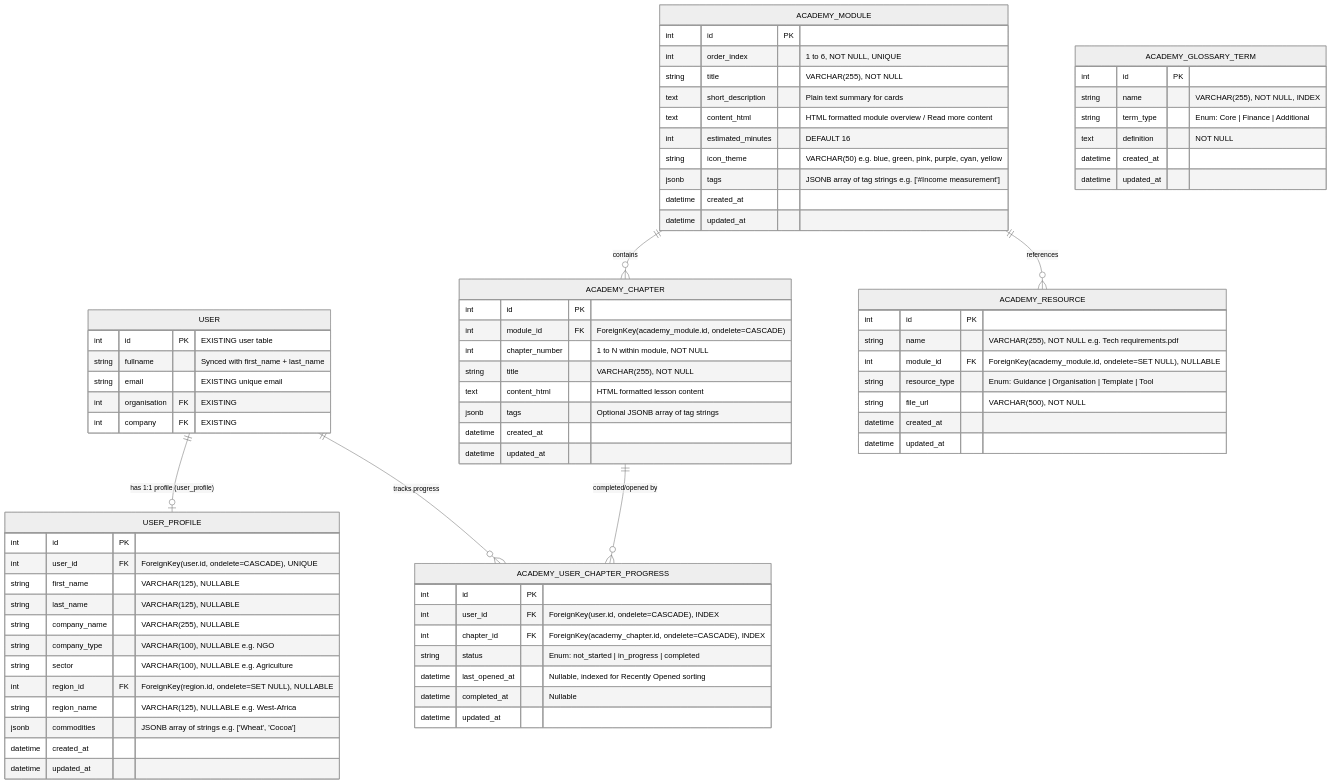
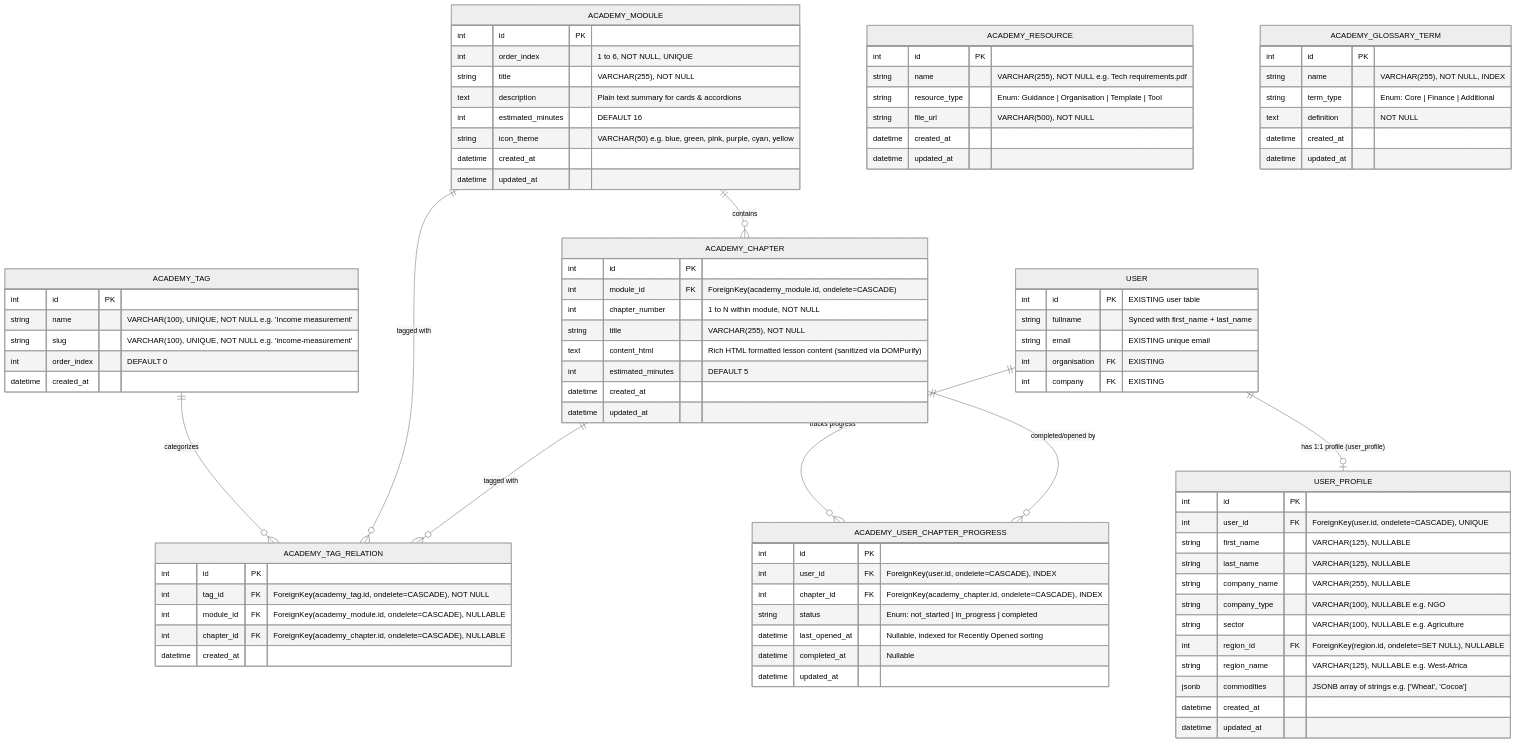
The second of 2 diagrams in docs/features/001_living_income_academy_spec.md (akvo/IDH-IDC), drawn with Mermaid (neutral theme) before and after one commit. The commit also changed other lines of this file, not shown here.

Commit message:
[#843] docs(academy): decouple resources from modules, normalize tag junction, and isolate chapter content

```diff
--- a/docs/features/001_living_income_academy_spec.md
+++ b/docs/features/001_living_income_academy_spec.md
@@ -142,7 +142,9 @@
     USER ||--o| USER_PROFILE : "has 1:1 profile (user_profile)"
     USER ||--o{ ACADEMY_USER_CHAPTER_PROGRESS : "tracks progress"
     ACADEMY_MODULE ||--o{ ACADEMY_CHAPTER : "contains"
-    ACADEMY_MODULE ||--o{ ACADEMY_RESOURCE : "references"
+    ACADEMY_TAG ||--o{ ACADEMY_TAG_RELATION : "categorizes"
+    ACADEMY_MODULE ||--o{ ACADEMY_TAG_RELATION : "tagged with"
+    ACADEMY_CHAPTER ||--o{ ACADEMY_TAG_RELATION : "tagged with"
     ACADEMY_CHAPTER ||--o{ ACADEMY_USER_CHAPTER_PROGRESS : "completed/opened by"
 
     USER {
@@ -168,15 +170,29 @@
         datetime updated_at
     }
 
+    ACADEMY_TAG {
+        int id PK
+        string name "VARCHAR(100), UNIQUE, NOT NULL e.g. 'Income measurement'"
+        string slug "VARCHAR(100), UNIQUE, NOT NULL e.g. 'income-measurement'"
+        int order_index "DEFAULT 0"
+        datetime created_at
+    }
+
+    ACADEMY_TAG_RELATION {
+        int id PK
+        int tag_id FK "ForeignKey(academy_tag.id, ondelete=CASCADE), NOT NULL"
+        int module_id FK "ForeignKey(academy_module.id, ondelete=CASCADE), NULLABLE"
+        int chapter_id FK "ForeignKey(academy_chapter.id, ondelete=CASCADE), NULLABLE"
+        datetime created_at
+    }
+
     ACADEMY_MODULE {
         int id PK
         int order_index "1 to 6, NOT NULL, UNIQUE"
         string title "VARCHAR(255), NOT NULL"
-        text short_description "Plain text summary for cards"
-        text content_html "HTML formatted module overview / Read more content"
+        text description "Plain text summary for cards & accordions"
         int estimated_minutes "DEFAULT 16"
         string icon_theme "VARCHAR(50) e.g. blue, green, pink, purple, cyan, yellow"
-        jsonb tags "JSONB array of tag strings e.g. ['#Income measurement']"
         datetime created_at
         datetime updated_at
     }
@@ -186,8 +202,8 @@
         int module_id FK "ForeignKey(academy_module.id, ondelete=CASCADE)"
         int chapter_number "1 to N within module, NOT NULL"
         string title "VARCHAR(255), NOT NULL"
-        text content_html "HTML formatted lesson content"
-        jsonb tags "Optional JSONB array of tag strings"
+        text content_html "Rich HTML formatted lesson content (sanitized via DOMPurify)"
+        int estimated_minutes "DEFAULT 5"
         datetime created_at
         datetime updated_at
     }
@@ -205,7 +221,6 @@
     ACADEMY_RESOURCE {
         int id PK
         string name "VARCHAR(255), NOT NULL e.g. Tech requirements.pdf"
-        int module_id FK "ForeignKey(academy_module.id, ondelete=SET NULL), NULLABLE"
         string resource_type "Enum: Guidance | Organisation | Template | Tool"
         string file_url "VARCHAR(500), NOT NULL"
         datetime created_at
```
